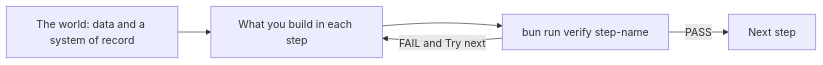
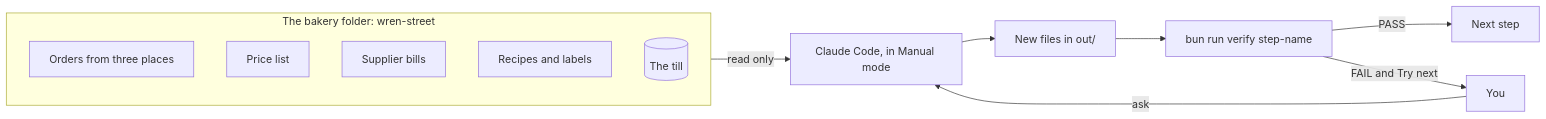
Before and after one commit to learnwithparam/claude-code-for-everyone: the diagram in README.md, drawn with Mermaid. The commit also changed other lines of this file and 252 other files, not shown here.

First line of the commit message:
Build the course spine: Wren Street Bakery world, checker, orientation, part one (#1)

````diff
--- a/README.md
+++ b/README.md
@@ -15,7 +47,16 @@
 ```mermaid
 flowchart LR
-  W[The world: data and a system of record] --> S[What you build in each step]
-  S --> C[bun run verify step-name]
-  C -->|PASS| N[Next step]
-  C -->|FAIL and Try next| S
+  subgraph Bakery[The bakery folder: wren-street]
+    O[Orders from three places]
+    P[Price list]
+    I[Supplier bills]
+    R[Recipes and labels]
+    T[(The till)]
+  end
+  You[You] -->|ask| C[Claude Code, in Manual mode]
+  Bakery -->|read only| C
+  C --> Out[New files in out/]
+  Out --> V[bun run verify step-name]
+  V -->|PASS| Next[Next step]
+  V -->|FAIL and Try next| You
 ```
````
